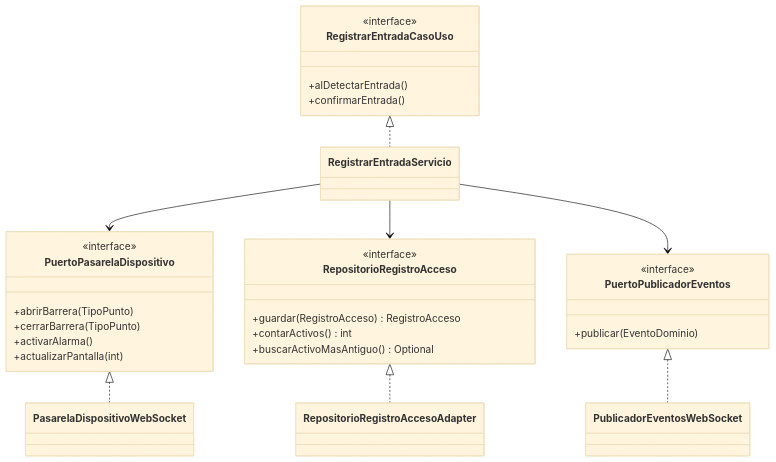
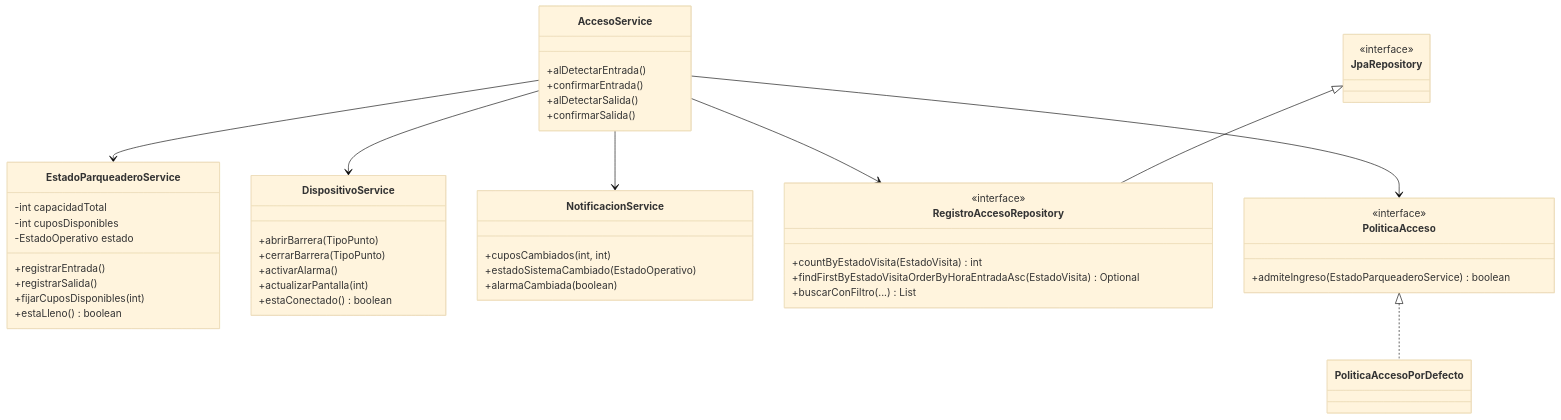
Before and after one commit to ElFernanduz/SmartParking: the eighth of 13 diagrams in docs/especificacion_tecnica_smart_parking.md, drawn with Mermaid (base theme). The commit also changed other lines of this file and 263 other files, not shown here.

````diff
--- a/docs/especificacion_tecnica_smart_parking.md
+++ b/docs/especificacion_tecnica_smart_parking.md
@@ -956,37 +1074,52 @@
 ```mermaid
 classDiagram
-    class RegistrarEntradaCasoUso {
-        <<interface>>
+    class AccesoService {
         +alDetectarEntrada()
         +confirmarEntrada()
+        +alDetectarSalida()
+        +confirmarSalida()
     }
-    class RegistrarEntradaServicio
-    class PuertoPasarelaDispositivo {
-        <<interface>>
+    class EstadoParqueaderoService {
+        -int capacidadTotal
+        -int cuposDisponibles
+        -EstadoOperativo estado
+        +registrarEntrada()
+        +registrarSalida()
+        +fijarCuposDisponibles(int)
+        +estaLleno() boolean
+    }
+    class DispositivoService {
         +abrirBarrera(TipoPunto)
         +cerrarBarrera(TipoPunto)
         +activarAlarma()
         +actualizarPantalla(int)
+        +estaConectado() boolean
     }
-    class PasarelaDispositivoWebSocket
-    class RepositorioRegistroAcceso {
+    class NotificacionService {
+        +cuposCambiados(int, int)
+        +estadoSistemaCambiado(EstadoOperativo)
+        +alarmaCambiada(boolean)
+    }
+    class RegistroAccesoRepository {
         <<interface>>
-        +guardar(RegistroAcceso) RegistroAcceso
-        +contarActivos() int
-        +buscarActivoMasAntiguo() Optional
+        +countByEstadoVisita(EstadoVisita) int
+        +findFirstByEstadoVisitaOrderByHoraEntradaAsc(EstadoVisita) Optional
+        +buscarConFiltro(...) List
     }
-    class RepositorioRegistroAccesoAdapter
-    class PuertoPublicadorEventos {
+    class JpaRepository {
         <<interface>>
-        +publicar(EventoDominio)
     }
-    class PublicadorEventosWebSocket
+    class PoliticaAcceso {
+        <<interface>>
+        +admiteIngreso(EstadoParqueaderoService) boolean
+    }
+    class PoliticaAccesoPorDefecto
 
-    RegistrarEntradaCasoUso <|.. RegistrarEntradaServicio
-    PuertoPasarelaDispositivo <|.. PasarelaDispositivoWebSocket
-    RepositorioRegistroAcceso <|.. RepositorioRegistroAccesoAdapter
-    PuertoPublicadorEventos <|.. PublicadorEventosWebSocket
-    RegistrarEntradaServicio --> PuertoPasarelaDispositivo
-    RegistrarEntradaServicio --> RepositorioRegistroAcceso
-    RegistrarEntradaServicio --> PuertoPublicadorEventos
+    JpaRepository <|-- RegistroAccesoRepository
+    PoliticaAcceso <|.. PoliticaAccesoPorDefecto
+    AccesoService --> EstadoParqueaderoService
+    AccesoService --> RegistroAccesoRepository
+    AccesoService --> DispositivoService
+    AccesoService --> NotificacionService
+    AccesoService --> PoliticaAcceso
 ```
````
